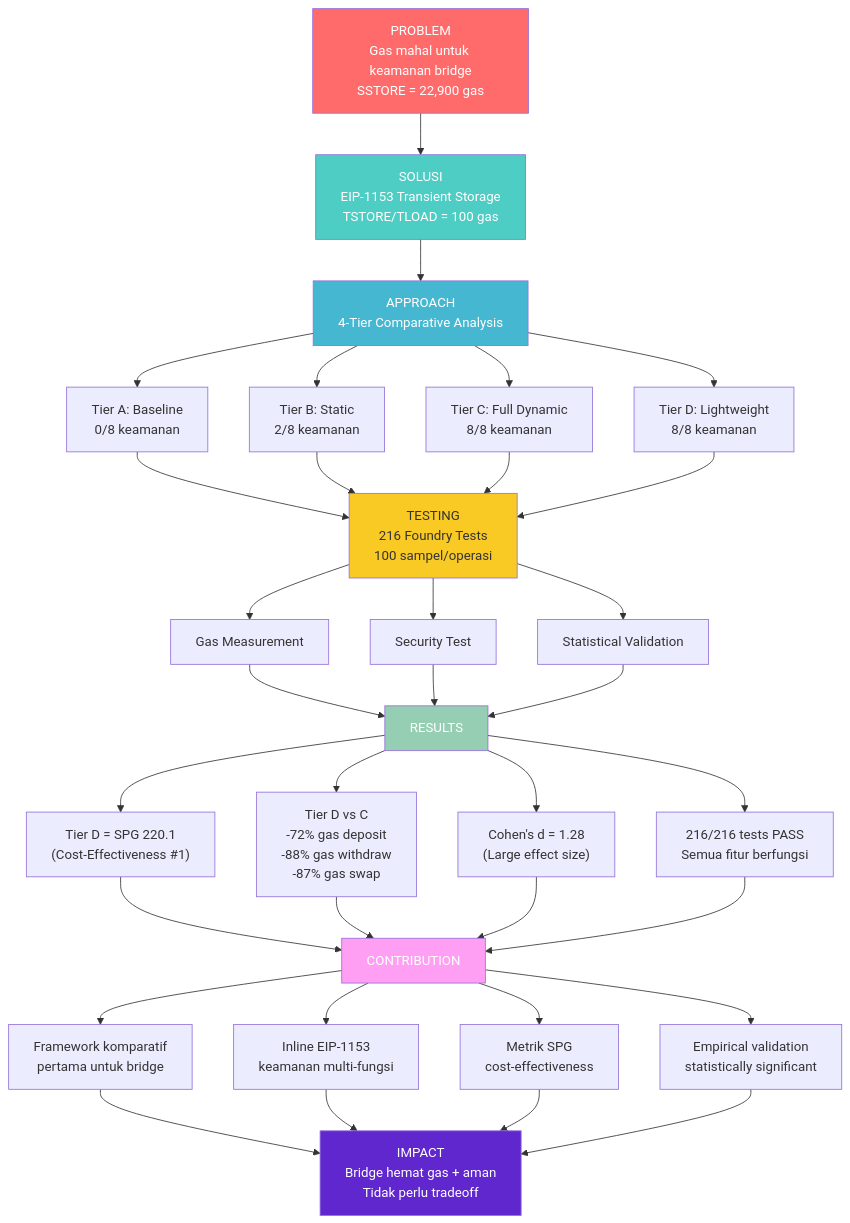
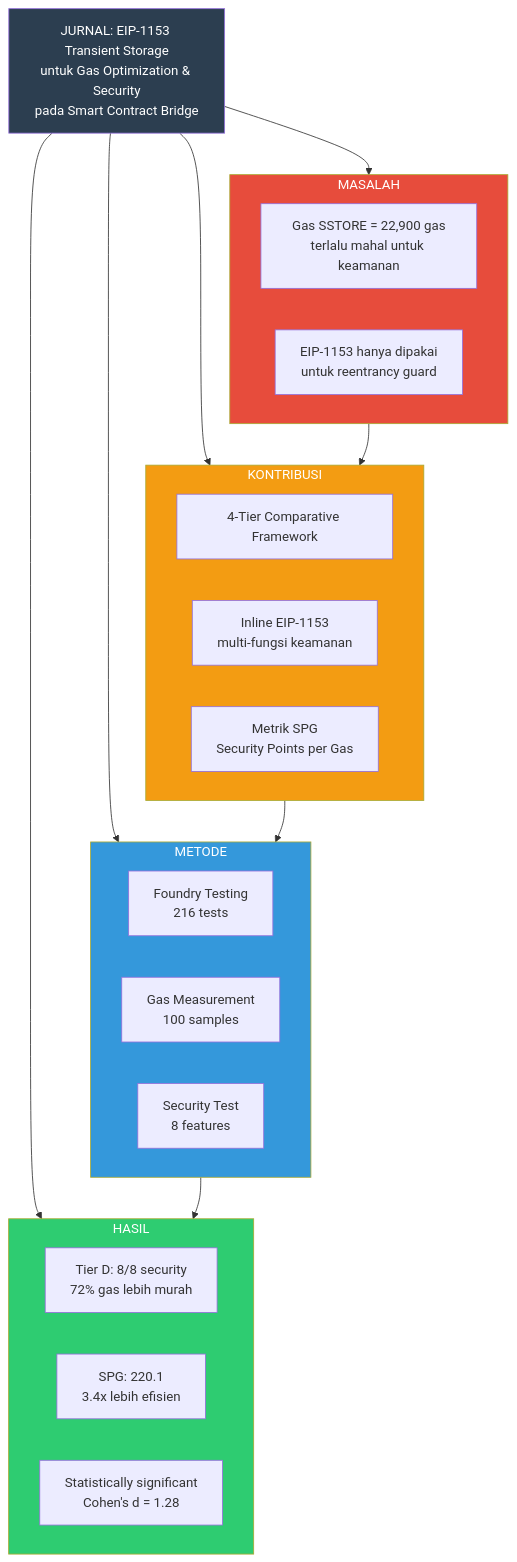
The diagram in docs/sempro/MINDMAP_JURNAL.md (Zhee1112/SmartContract), drawn with Mermaid before and after one commit. The commit also changed other lines of this file and 2 other files, not shown here.

Commit message:
Rewrite mind maps: clearer structure with research flow explanation

````diff
--- a/docs/sempro/MINDMAP_JURNAL.md
+++ b/docs/sempro/MINDMAP_JURNAL.md
@@ -5,52 +5,42 @@
 ```mermaid
 graph TD
-    A["PROBLEM<br/>Gas mahal untuk keamanan bridge<br/>SSTORE = 22,900 gas"] --> B["SOLUSI<br/>EIP-1153 Transient Storage<br/>TSTORE/TLOAD = 100 gas"]
+    JUDUL["JURNAL: EIP-1153 Transient Storage<br/>untuk Gas Optimization & Security<br/>pada Smart Contract Bridge"]
     
-    B --> C["APPROACH<br/>4-Tier Comparative Analysis"]
+    JUDUL --> PROBLEM
+    JUDUL --> CONTRIBUTION
+    JUDUL --> METHOD
+    JUDUL --> RESULT
     
-    C --> C1["Tier A: Baseline<br/>0/8 keamanan"]
-    C --> C2["Tier B: Static<br/>2/8 keamanan"]
-    C --> C3["Tier C: Full Dynamic<br/>8/8 keamanan"]
-    C --> C4["Tier D: Lightweight<br/>8/8 keamanan"]
+    subgraph PROBLEM["MASALAH"]
+        P1["Gas SSTORE = 22,900 gas<br/>terlalu mahal untuk keamanan"]
+        P2["EIP-1153 hanya dipakai<br/>untuk reentrancy guard"]
+    end
     
-    C1 --> D["TESTING<br/>216 Foundry Tests<br/>100 sampel/operasi"]
-    C2 --> D
-    C3 --> D
-    C4 --> D
+    subgraph CONTRIBUTION["KONTRIBUSI"]
+        C1["4-Tier Comparative Framework"]
+        C2["Inline EIP-1153<br/>multi-fungsi keamanan"]
+        C3["Metrik SPG<br/>Security Points per Gas"]
+    end
     
-    D --> D1["Gas Measurement"]
-    D --> D2["Security Test"]
-    D --> D3["Statistical Validation"]
+    subgraph METHOD["METODE"]
+        M1["Foundry Testing<br/>216 tests"]
+        M2["Gas Measurement<br/>100 samples"]
+        M3["Security Test<br/>8 features"]
+    end
     
-    D1 --> E["RESULTS"]
-    D2 --> E
-    D3 --> E
+    subgraph RESULT["HASIL"]
+        R1["Tier D: 8/8 security<br/>72% gas lebih murah"]
+        R2["SPG: 220.1<br/>3.4x lebih efisien"]
+        R3["Statistically significant<br/>Cohen's d = 1.28"]
+    end
     
-    E --> E1["Tier D = SPG 220.1<br/>(Cost-Effectiveness #1)"]
-    E --> E2["Tier D vs C<br/>-72% gas deposit<br/>-88% gas withdraw<br/>-87% gas swap"]
-    E --> E3["Cohen's d = 1.28<br/>(Large effect size)"]
-    E --> E4["216/216 tests PASS<br/>Semua fitur berfungsi"]
-    
-    E1 --> F["CONTRIBUTION"]
-    E2 --> F
-    E3 --> F
-    E4 --> F
-    
-    F --> F1["Framework komparatif<br/>pertama untuk bridge"]
-    F --> F2["Inline EIP-1153<br/>keamanan multi-fungsi"]
-    F --> F3["Metrik SPG<br/>cost-effectiveness"]
-    F --> F4["Empirical validation<br/>statistically significant"]
-    
-    F1 --> G["IMPACT<br/>Bridge hemat gas + aman<br/>Tidak perlu tradeoff"]
-    F2 --> G
-    F3 --> G
-    F4 --> G
+    PROBLEM --> CONTRIBUTION
+    CONTRIBUTION --> METHOD
+    METHOD --> RESULT
 
-    style A fill:#ff6b6b,color:#fff
-    style B fill:#4ecdc4,color:#fff
-    style C fill:#45b7d1,color:#fff
-    style D fill:#f9ca24,color:#333
-    style E fill:#96ceb4,color:#fff
-    style F fill:#ff9ff3,color:#fff
-    style G fill:#5f27cd,color:#fff
+    style JUDUL fill:#2c3e50,color:#fff
+    style PROBLEM fill:#e74c3c,color:#fff
+    style CONTRIBUTION fill:#f39c12,color:#fff
+    style METHOD fill:#3498db,color:#fff
+    style RESULT fill:#2ecc71,color:#fff
 ```
````
